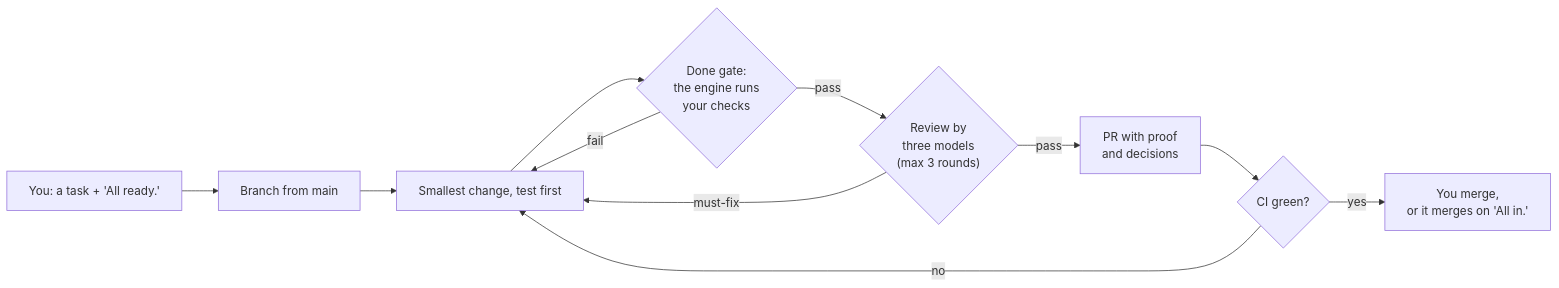
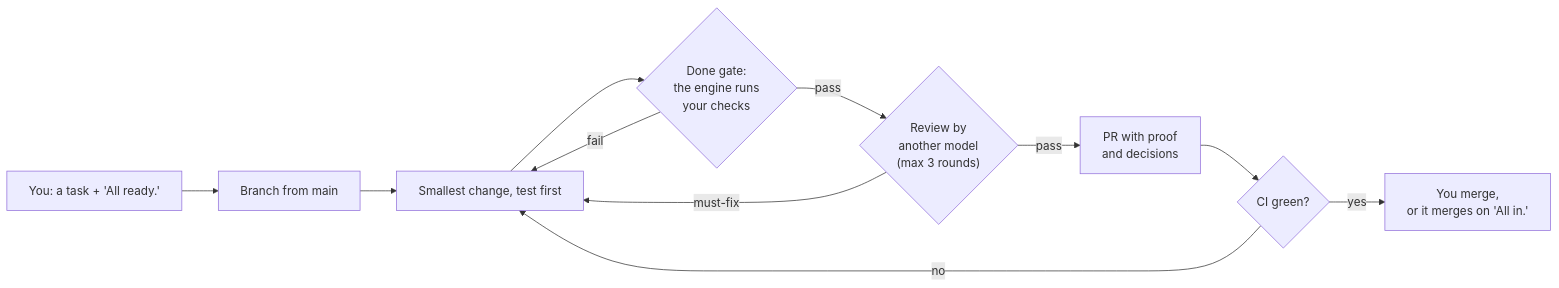
The diagram in README.md (djtorel/weftwork), drawn with Mermaid before and after one commit. The commit also changed other lines of this file and 23 other files, not shown here.

First line of the commit message:
feat(review): ask one reviewer by default, Gemini then Codex then Opus, and all three for a sensitive change, a full panel or a design round

````diff
--- a/README.md
+++ b/README.md
@@ -153,13 +154,13 @@
 ```mermaid
 flowchart LR
   task["You: a task + 'All ready.'"] --> branch[Branch from main]
   branch --> change[Smallest change, test first]
   change --> gate{"Done gate:<br/>the engine runs<br/>your checks"}
   gate -- fail --> change
-  gate -- pass --> review{"Review by<br/>three models<br/>(max 3 rounds)"}
+  gate -- pass --> review{"Review by<br/>another model<br/>(max 3 rounds)"}
   review -- must-fix --> change
   review -- pass --> pr["PR with proof<br/>and decisions"]
   pr --> ci{CI green?}
   ci -- no --> change
   ci -- yes --> you["You merge,<br/>or it merges on 'All in.'"]
 ```
````
